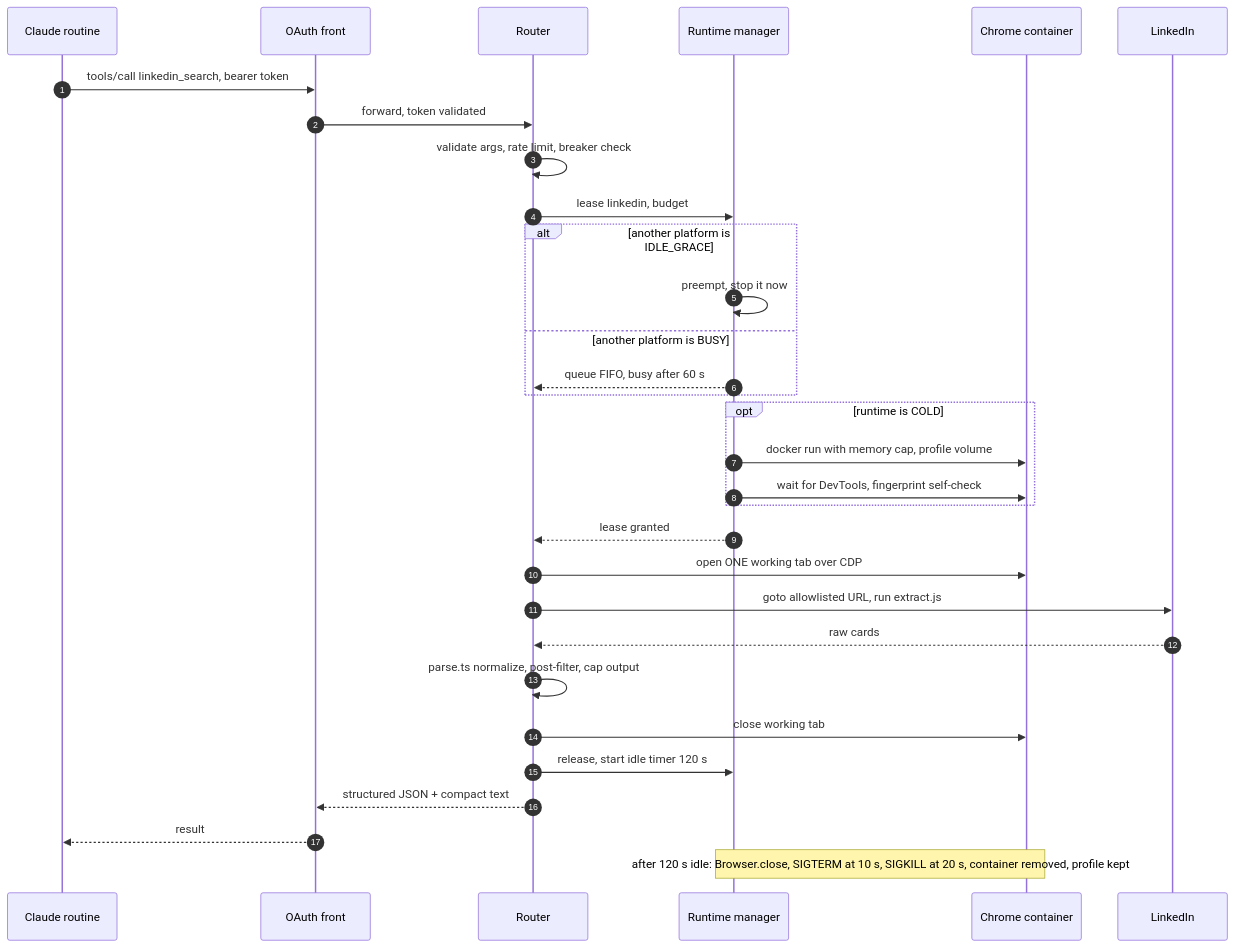
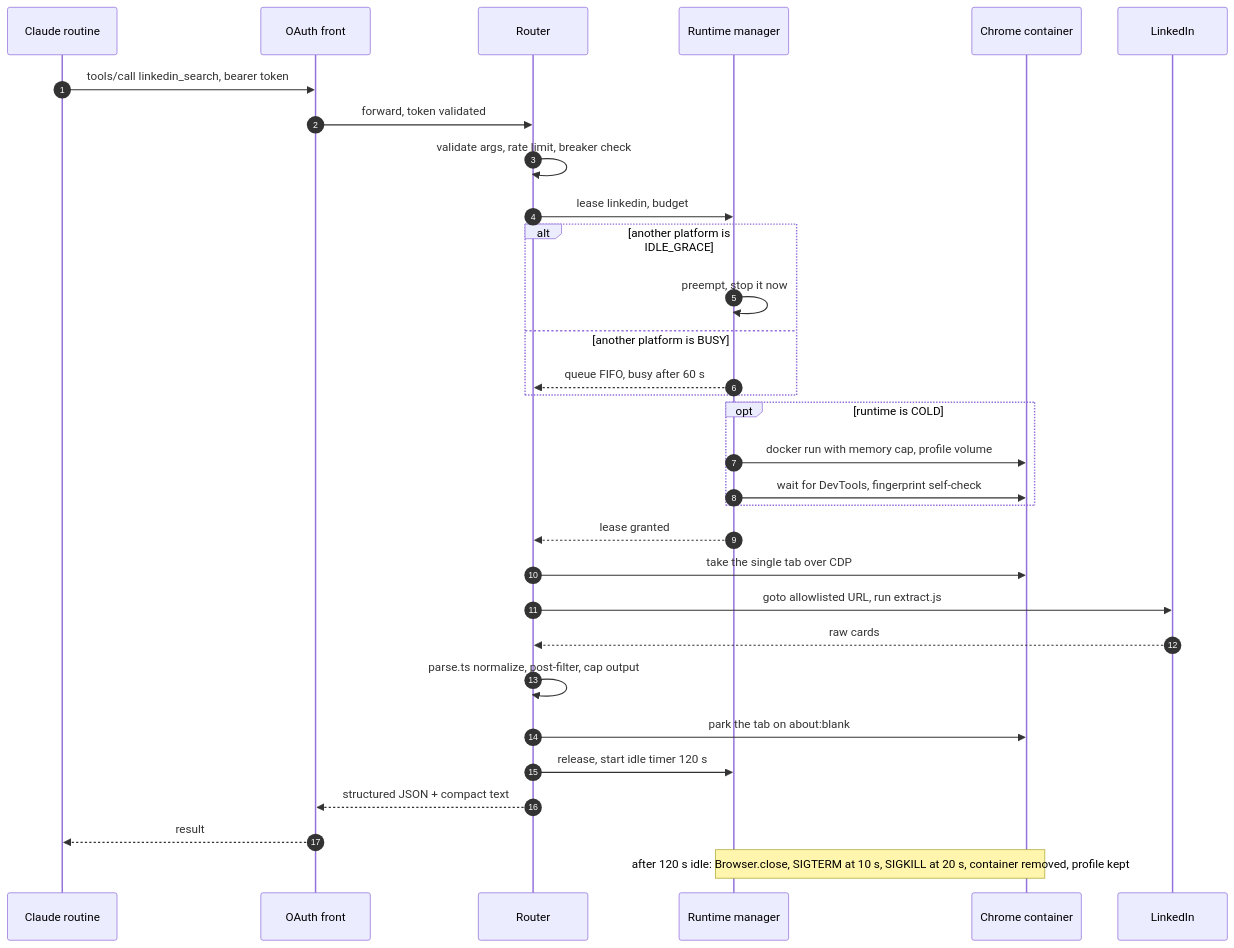
One commit to notcheu/jobwatch-mcp changed the third of 6 diagrams in 16-architecture-diagrams.md. Above: the diagram before and after it, drawn with Mermaid. The commit also changed other lines of this file and 10 other files, not shown here.

Commit message:
Docs: exactly one tab always; record no-hardware-upgrade / zram decision

````diff
--- a/16-architecture-diagrams.md
+++ b/16-architecture-diagrams.md
@@ -129,34 +129,34 @@
 ```mermaid
 sequenceDiagram
   autonumber
   participant C as Claude routine
   participant F as OAuth front
   participant R as Router
   participant M as Runtime manager
   participant B as Chrome container
   participant L as LinkedIn
 
   C->>F: tools/call linkedin_search, bearer token
   F->>R: forward, token validated
   R->>R: validate args, rate limit, breaker check
   R->>M: lease linkedin, budget
   alt another platform is IDLE_GRACE
     M->>M: preempt, stop it now
   else another platform is BUSY
     M-->>R: queue FIFO, busy after 60 s
   end
   opt runtime is COLD
     M->>B: docker run with memory cap, profile volume
     M->>B: wait for DevTools, fingerprint self-check
   end
   M-->>R: lease granted
-  R->>B: open ONE working tab over CDP
+  R->>B: take the single tab over CDP
   R->>L: goto allowlisted URL, run extract.js
   L-->>R: raw cards
   R->>R: parse.ts normalize, post-filter, cap output
-  R->>B: close working tab
+  R->>B: park the tab on about:blank
   R->>M: release, start idle timer 120 s
   R-->>F: structured JSON + compact text
   F-->>C: result
   Note over M,B: after 120 s idle: Browser.close, SIGTERM at 10 s, SIGKILL at 20 s, container removed, profile kept
 ```
````
